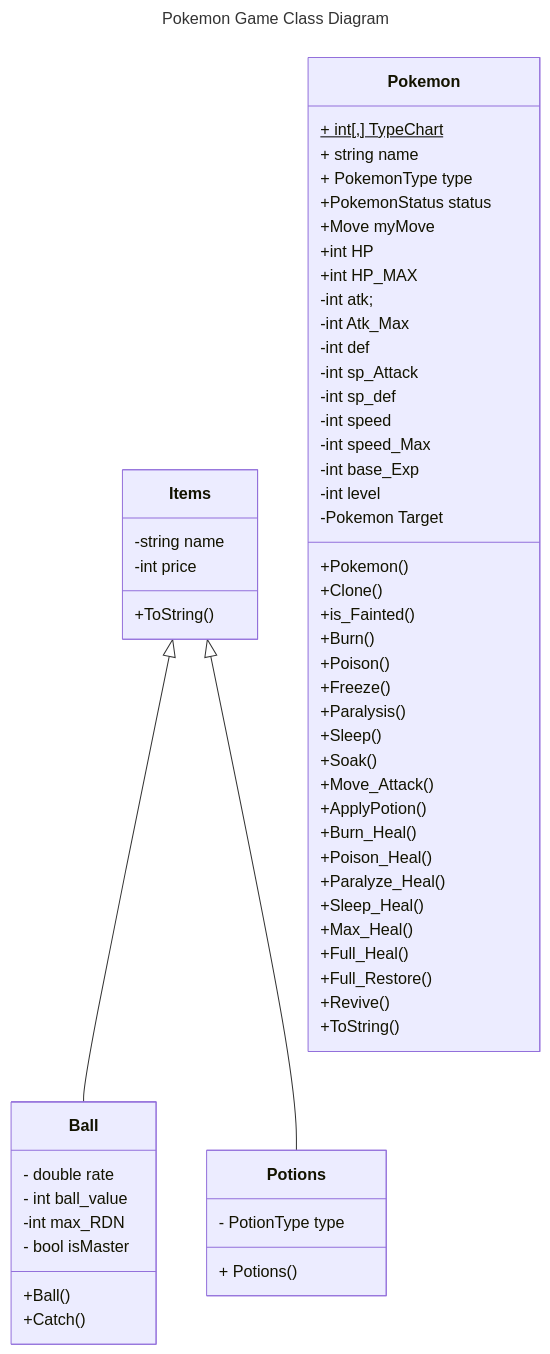
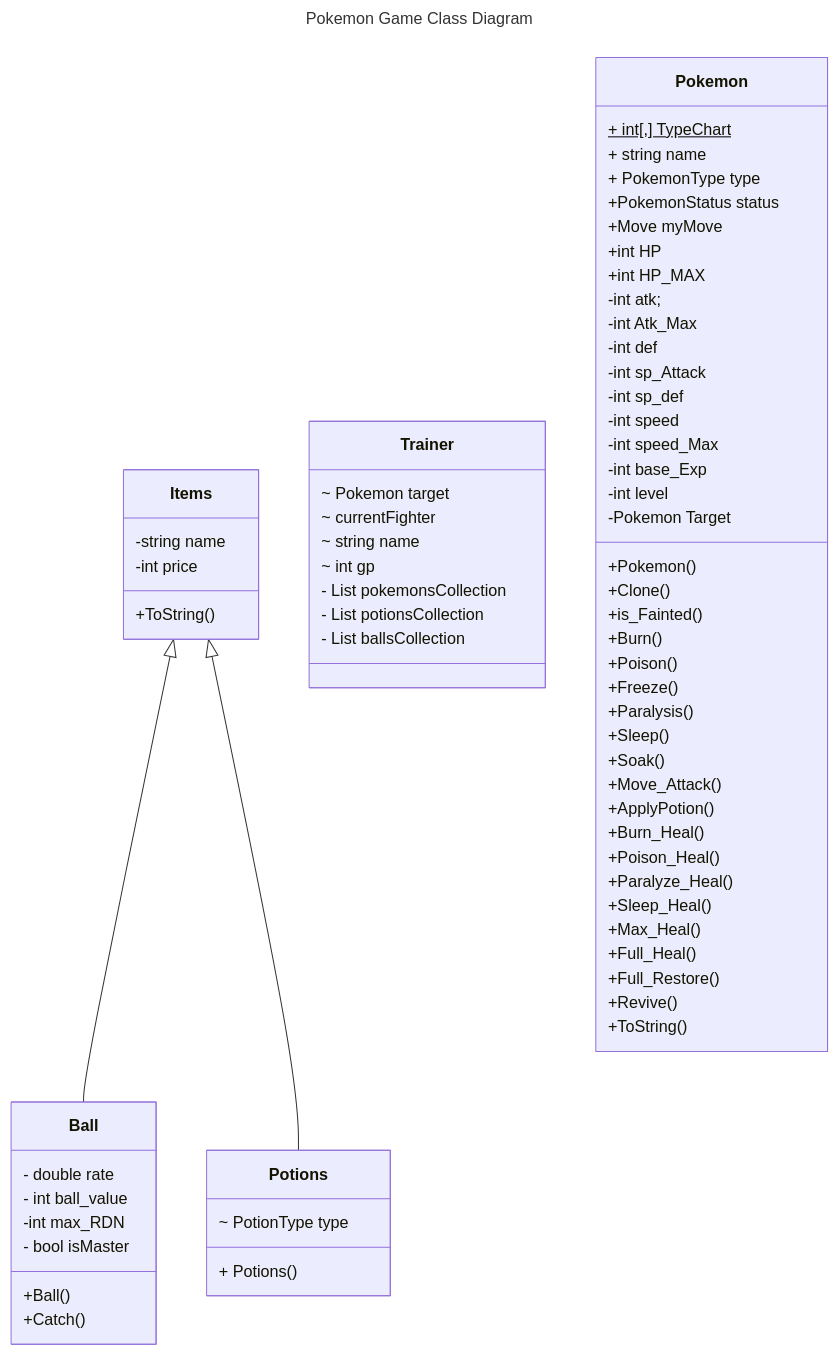
The diagram in README.md (jinxsu/TextBased-Pokemon), drawn with Mermaid before and after one commit.

````diff
--- a/README.md
+++ b/README.md
@@ -1,70 +1,81 @@
 ```mermaid
 ---
 title: Pokemon Game Class Diagram
 ---
 classDiagram
 Items<|-- Ball
 Items<|--Potions
 Items: -string name
 Items: -int price
 Items: +ToString()
 class Ball{
         - double rate
         - int ball_value
         -int max_RDN
         - bool isMaster
         +Ball()
         +Catch()
     }
 class Potions{
-       - PotionType type
+       ~ PotionType type
        + Potions()
     }
+class Trainer{
+        ~ Pokemon target
+        ~ currentFighter
+        ~ string name
+        ~ int gp
+        - List<Pokemon> pokemonsCollection
+        - List<Potions> potionsCollection
+        - List<Ball> ballsCollection
+
+        
+}
 class Pokemon{
         + int[,] TypeChart$
         + string name
         + PokemonType type
         +PokemonStatus status
         +Move myMove
         +int HP
         +int HP_MAX
         -int atk;
         -int Atk_Max
         -int def
         -int sp_Attack
         -int sp_def
         -int speed
         -int speed_Max
         -int base_Exp
         -int level
         -Pokemon Target
         +Pokemon()
         +Clone()
         +is_Fainted()
         +Burn()
         +Poison()
         +Freeze()
         +Paralysis()
         +Sleep()
         +Soak()
         +Move_Attack()
         +ApplyPotion()
         +Burn_Heal()
         +Poison_Heal()
         +Paralyze_Heal()
         +Sleep_Heal()
         +Max_Heal()
         +Full_Heal()
         +Full_Restore()
         +Revive()
         +ToString()
         
 }
 
 
 
 
 
 
 
 ```
````
